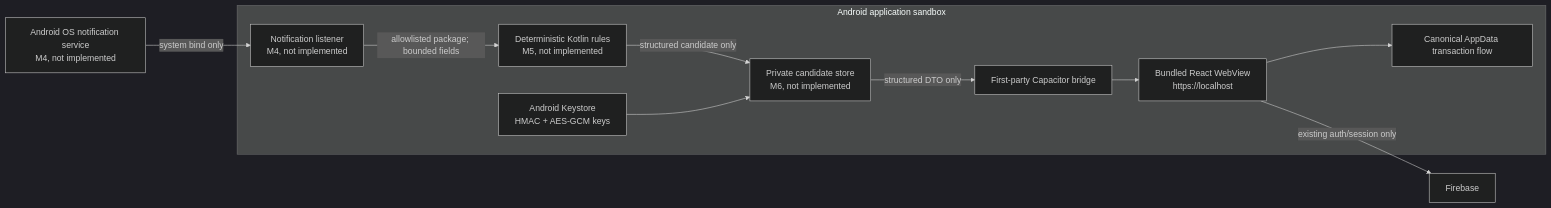
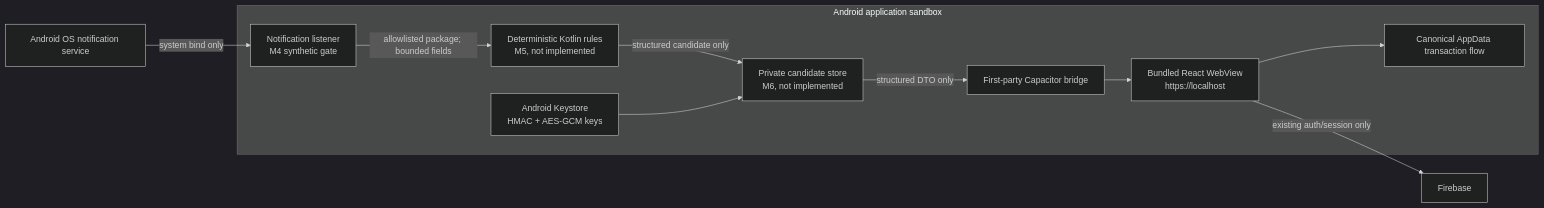
One commit to daniele21/personal-budget changed the diagram in docs/01-architecture/android-payment-detection-security.md. Above: the diagram before and after it, drawn with Mermaid (dark theme). The commit also changed other lines of this file and 29 other files, not shown here.

Commit message:
feat(android): add synthetic notification listener gate

````diff
--- a/docs/01-architecture/android-payment-detection-security.md
+++ b/docs/01-architecture/android-payment-detection-security.md
@@ -21,21 +23,21 @@
 ```mermaid
 flowchart LR
-    OS["Android OS notification service\nM4, not implemented"] -->|"system bind only"| L["Notification listener\nM4, not implemented"]
+    OS["Android OS notification service"] -->|"system bind only"| L["Notification listener\nM4 synthetic gate"]
     L -->|"allowlisted package; bounded fields"| R["Deterministic Kotlin rules\nM5, not implemented"]
     R -->|"structured candidate only"| DB["Private candidate store\nM6, not implemented"]
     KS["Android Keystore\nHMAC + AES-GCM keys"] --> DB
     DB -->|"structured DTO only"| B["First-party Capacitor bridge"]
     B --> W["Bundled React WebView\nhttps://localhost"]
     W --> A["Canonical AppData transaction flow"]
     W -->|"existing auth/session only"| F["Firebase"]
 
     subgraph Device["Android application sandbox"]
       L
       R
       DB
       KS
       B
       W
       A
     end
 ```
````
